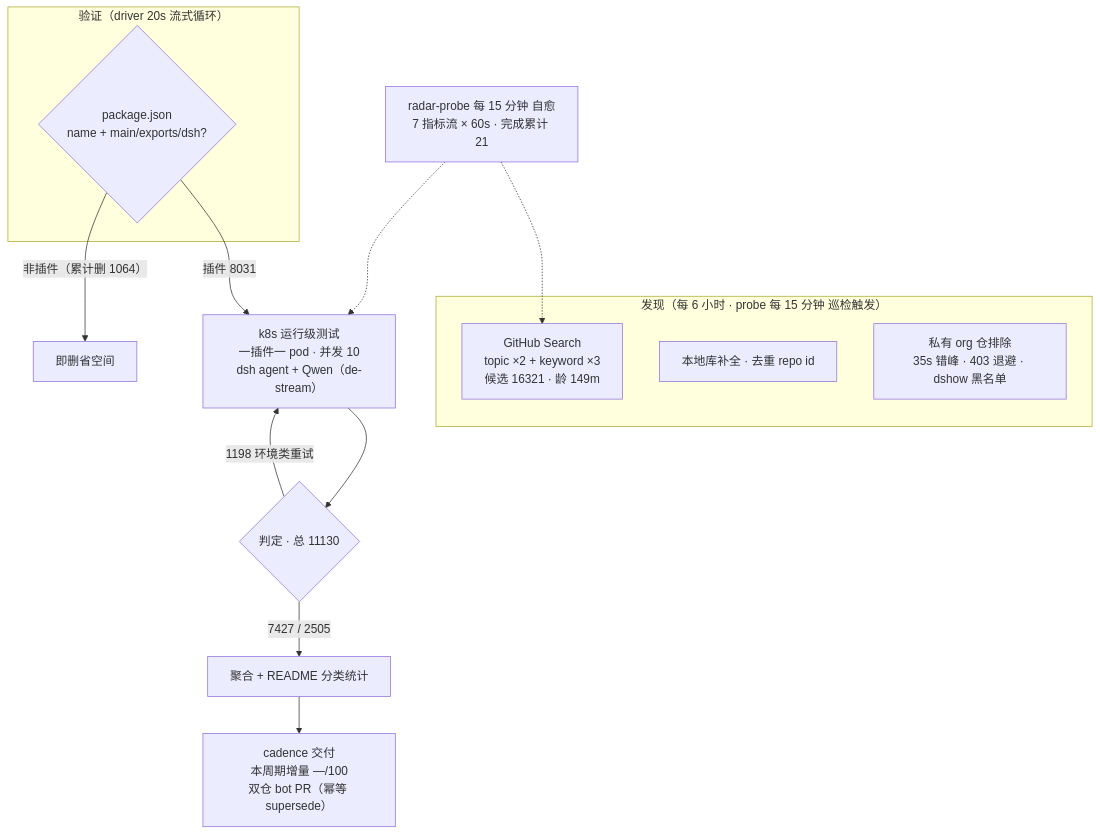
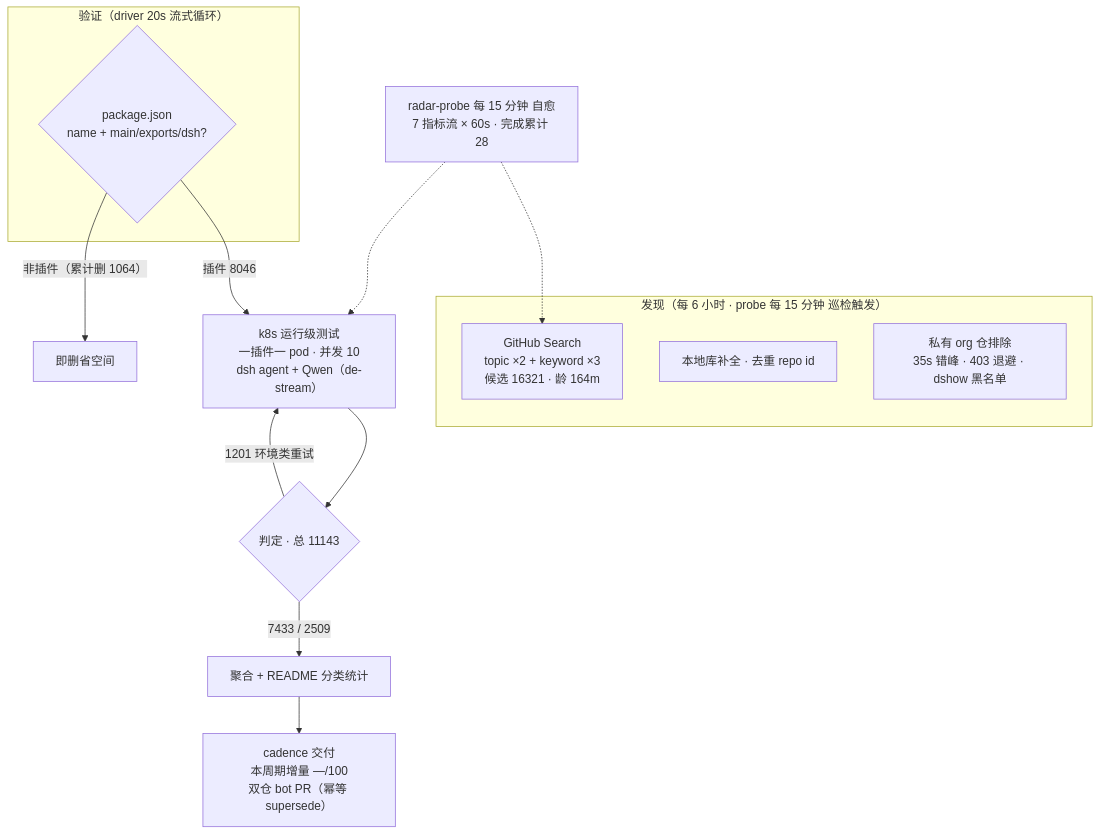
Before and after one commit to Zhidao-Lab-OSS/awesome-dsh-plugins: the diagram in README.md, drawn with Mermaid. The commit also changed other lines of this file and 1 other file, not shown here.

````diff
--- a/README.md
+++ b/README.md
@@ -52,20 +52,20 @@
 ```mermaid
 flowchart TB
     subgraph Discovery["发现（每 6 小时 · probe 每 15 分钟 巡检触发）"]
-        A1["GitHub Search<br/>topic ×2 + keyword ×3<br/>候选 16321 · 龄 149m"]
+        A1["GitHub Search<br/>topic ×2 + keyword ×3<br/>候选 16321 · 龄 164m"]
         A2["本地库补全 · 去重 repo id"]
         A3["私有 org 仓排除<br/>35s 错峰 · 403 退避 · dshow 黑名单"]
     end
     subgraph Validation["验证（driver 20s 流式循环）"]
         B1{"package.json<br/>name + main/exports/dsh?"}
     end
-    B1 -->|"插件 8031"| C1["k8s 运行级测试<br/>一插件一 pod · 并发 10<br/>dsh agent + Qwen（de-stream）"]
+    B1 -->|"插件 8046"| C1["k8s 运行级测试<br/>一插件一 pod · 并发 10<br/>dsh agent + Qwen（de-stream）"]
     B1 -->|"非插件（累计删 1064）"| B3["即删省空间"]
-    C1 --> D1{"判定 · 总 11130"}
-    D1 -->|"7427 / 2505"| E1["聚合 + README 分类统计"]
-    D1 -->|"1198 环境类重试"| C1
+    C1 --> D1{"判定 · 总 11143"}
+    D1 -->|"7433 / 2509"| E1["聚合 + README 分类统计"]
+    D1 -->|"1201 环境类重试"| C1
     E1 --> E2["cadence 交付<br/>本周期增量 —/100<br/>双仓 bot PR（幂等 supersede）"]
-    M["radar-probe 每 15 分钟 自愈<br/>7 指标流 × 60s · 完成累计 21"]
+    M["radar-probe 每 15 分钟 自愈<br/>7 指标流 × 60s · 完成累计 28"]
     M -.-> A1
     M -.-> C1
 ```
````
